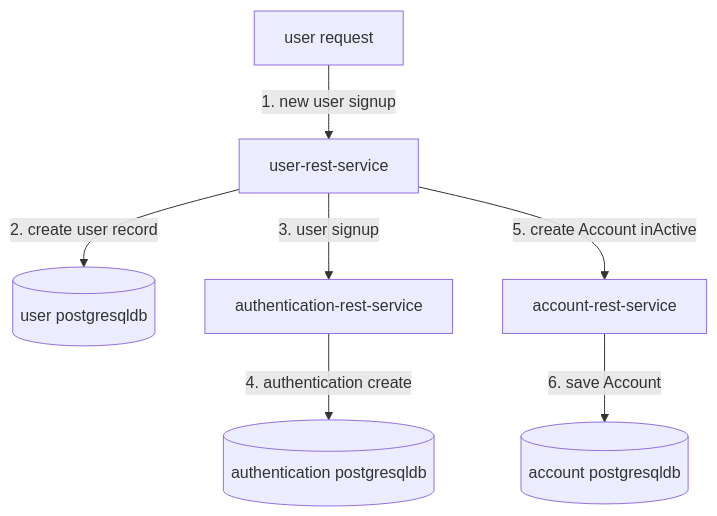
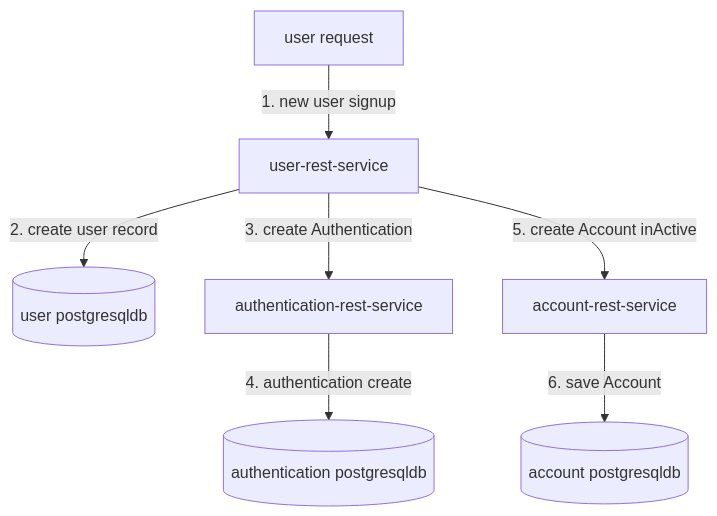
One commit to sonamsamdupkhangsar/sonamsamdupkhangsar.github.io changed the second of 4 diagrams in README.md. Above: the diagram before and after it, drawn with Mermaid.

````diff
--- a/README.md
+++ b/README.md
@@ -38,9 +38,9 @@
 ```mermaid
 flowchart TD
     Request[user request] --> |1. new user signup| UserRestService[user-rest-service]
     UserRestService -->|2. create user record| UserPgsqlDb[(user postgresqldb)]
-    UserRestService -->|3. user signup| AuthenticationRestService[authentication-rest-service]
+    UserRestService -->|3. create Authentication | AuthenticationRestService[authentication-rest-service]
     AuthenticationRestService -->|4. authentication create| AuthenticationPgsqlDb[(authentication postgresqldb)]
     UserRestService -->|5. create Account inActive| AccountRestService[account-rest-service]
     AccountRestService -->|6. save Account| AccountPgsqlDb[(account postgresqldb)]
 ```
````
